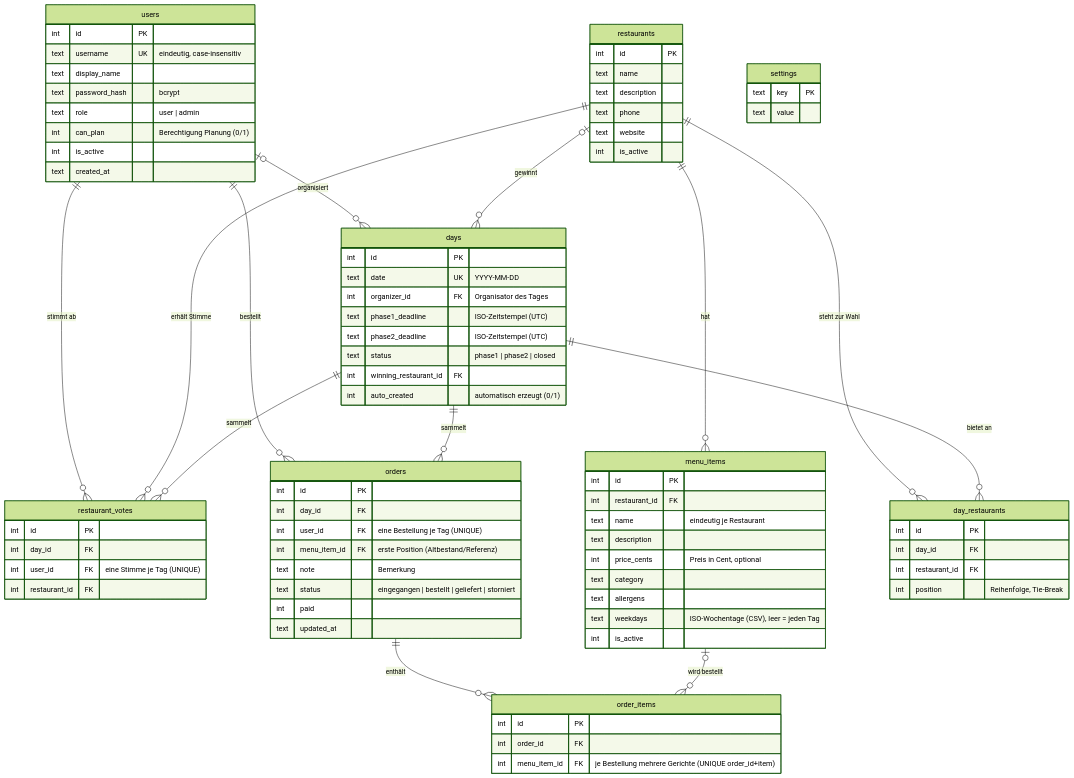
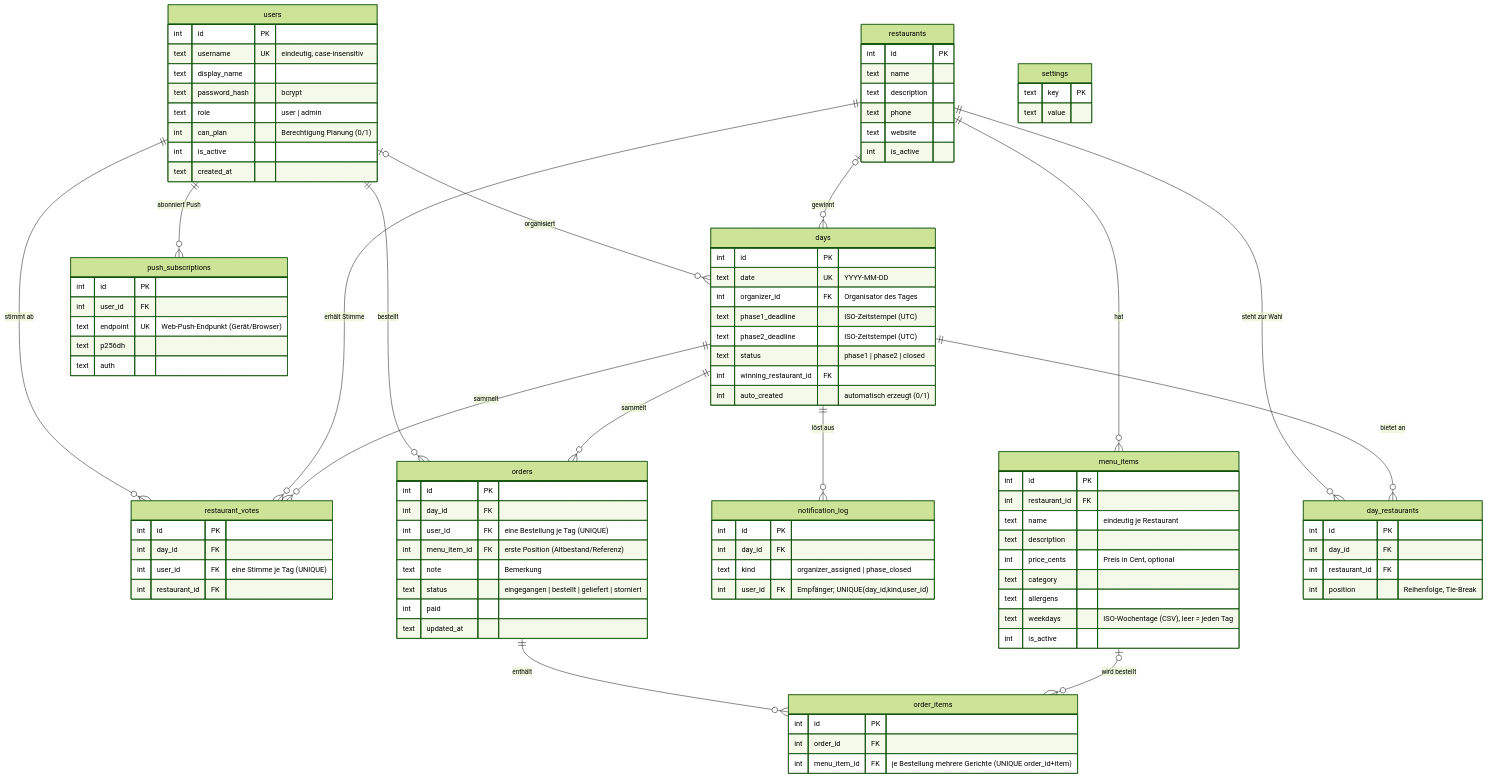
One commit to tom7419000/Essenbestellung-NIGEFA changed the diagram in docs/datenbankmodell.md. Above: the diagram before and after it, drawn with Mermaid (forest theme). The commit also changed other lines of this file and 17 other files, not shown here.

First line of the commit message:
Push-Benachrichtigungen für Organisatoren (Web Push)

````diff
--- a/docs/datenbankmodell.md
+++ b/docs/datenbankmodell.md
@@ -10,6 +10,8 @@
     users ||--o{ restaurant_votes : "stimmt ab"
     users ||--o{ orders : "bestellt"
     users |o--o{ days : "organisiert"
+    users ||--o{ push_subscriptions : "abonniert Push"
+    days ||--o{ notification_log : "löst aus"
 
     restaurants ||--o{ menu_items : "hat"
     restaurants ||--o{ day_restaurants : "steht zur Wahl"
@@ -101,4 +103,19 @@
         text key PK
         text value
     }
+
+    push_subscriptions {
+        int id PK
+        int user_id FK
+        text endpoint UK "Web-Push-Endpunkt (Gerät/Browser)"
+        text p256dh
+        text auth
+    }
+
+    notification_log {
+        int id PK
+        int day_id FK
+        text kind "organizer_assigned | phase_closed"
+        int user_id FK "Empfänger; UNIQUE(day_id,kind,user_id)"
+    }
 ```
````
